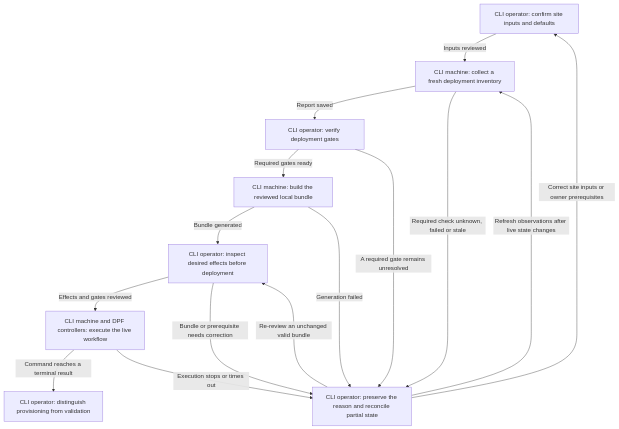
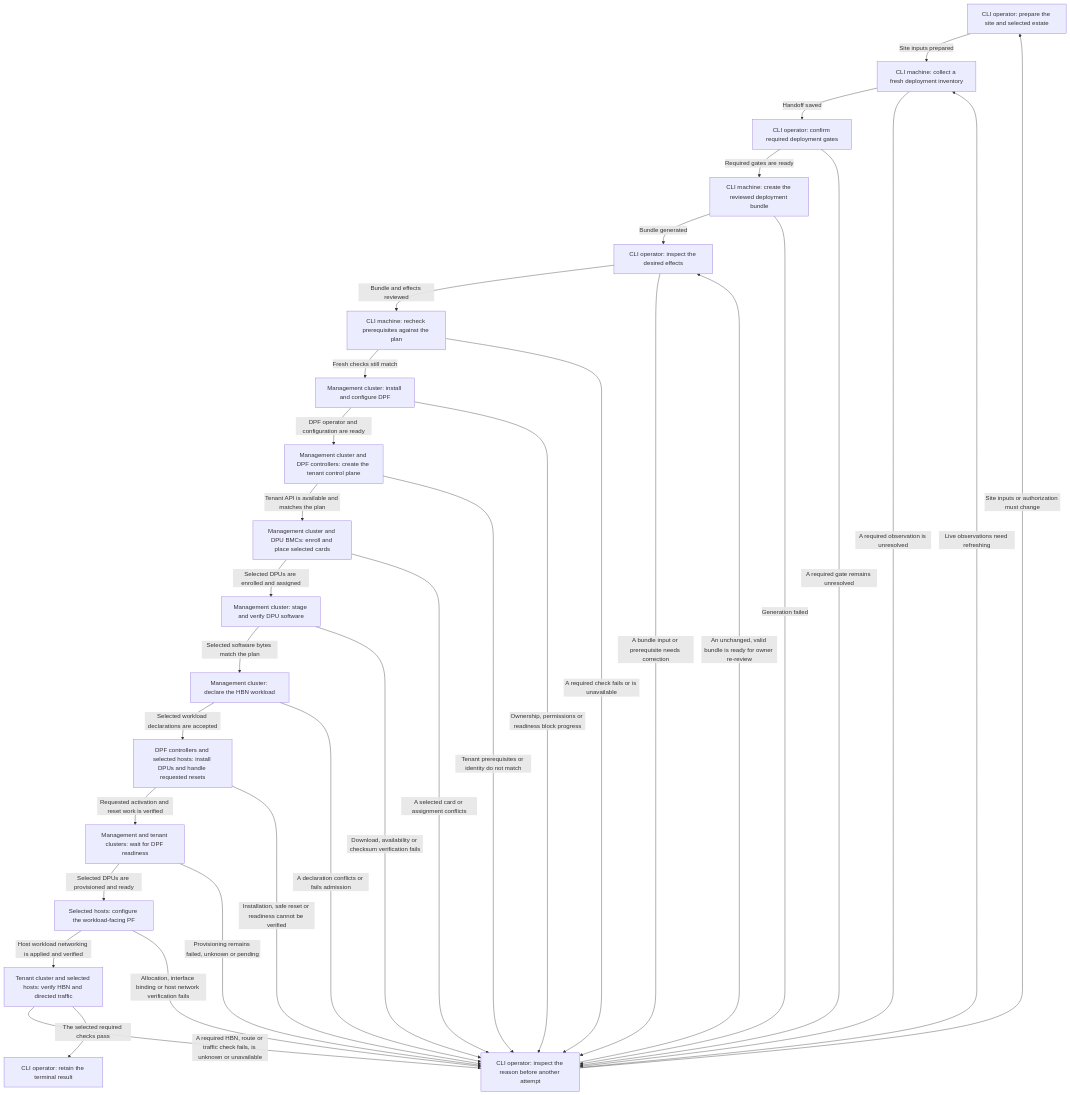
Before and after one commit to NVIDIA/k8s-launch-kit: the seventh of 7 diagrams in docs/user/dpf-workflows.md, drawn with Mermaid. The commit also changed other lines of this file and 8 other files, not shown here.

Commit message:
Document the DPF HBN-BGP deployment procedure

````diff
--- a/docs/user/dpf-workflows.md
+++ b/docs/user/dpf-workflows.md
@@ -564,25 +497,52 @@
 ```mermaid
 flowchart TD
-  n1["CLI operator: confirm site inputs and defaults"]
+  n1["CLI operator: prepare the site and selected estate"]
   n2["CLI machine: collect a fresh deployment inventory"]
-  n3["CLI operator: verify deployment gates"]
-  n4["CLI machine: build the reviewed local bundle"]
-  n5["CLI operator: inspect desired effects before deployment"]
-  n6["CLI machine and DPF controllers: execute the live workflow"]
-  n7["CLI operator: distinguish provisioning from validation"]
-  n8["CLI operator: preserve the reason and reconcile partial state"]
-  n1 -->|"Inputs reviewed"| n2
-  n2 -->|"Report saved"| n3
-  n2 -->|"Required check unknown, failed or stale"| n8
-  n3 -->|"Required gates ready"| n4
-  n3 -->|"A required gate remains unresolved"| n8
+  n3["CLI operator: confirm required deployment gates"]
+  n4["CLI machine: create the reviewed deployment bundle"]
+  n5["CLI operator: inspect the desired effects"]
+  n6["CLI machine: recheck prerequisites against the plan"]
+  n7["Management cluster: install and configure DPF"]
+  n8["Management cluster and DPF controllers: create the tenant control plane"]
+  n9["Management cluster and DPU BMCs: enroll and place selected cards"]
+  n10["Management cluster: stage and verify DPU software"]
+  n11["Management cluster: declare the HBN workload"]
+  n12["DPF controllers and selected hosts: install DPUs and handle requested resets"]
+  n13["Management and tenant clusters: wait for DPF readiness"]
+  n14["Selected hosts: configure the workload-facing PF"]
+  n15["Tenant cluster and selected hosts: verify HBN and directed traffic"]
+  n16["CLI operator: retain the terminal result"]
+  n17["CLI operator: inspect the reason before another attempt"]
+  n1 -->|"Site inputs prepared"| n2
+  n2 -->|"Handoff saved"| n3
+  n2 -->|"A required observation is unresolved"| n17
+  n3 -->|"Required gates are ready"| n4
+  n3 -->|"A required gate remains unresolved"| n17
   n4 -->|"Bundle generated"| n5
-  n4 -->|"Generation failed"| n8
-  n5 -->|"Effects and gates reviewed"| n6
-  n5 -->|"Bundle or prerequisite needs correction"| n8
-  n6 -->|"Command reaches a terminal result"| n7
-  n6 -->|"Execution stops or times out"| n8
-  n8 -->|"Correct site inputs or owner prerequisites"| n1
-  n8 -->|"Refresh observations after live state changes"| n2
-  n8 -->|"Re-review an unchanged valid bundle"| n5
+  n4 -->|"Generation failed"| n17
+  n5 -->|"Bundle and effects reviewed"| n6
+  n5 -->|"A bundle input or prerequisite needs correction"| n17
+  n6 -->|"Fresh checks still match"| n7
+  n6 -->|"A required check fails or is unavailable"| n17
+  n7 -->|"DPF operator and configuration are ready"| n8
+  n7 -->|"Ownership, permissions or readiness block progress"| n17
+  n8 -->|"Tenant API is available and matches the plan"| n9
+  n8 -->|"Tenant prerequisites or identity do not match"| n17
+  n9 -->|"Selected DPUs are enrolled and assigned"| n10
+  n9 -->|"A selected card or assignment conflicts"| n17
+  n10 -->|"Selected software bytes match the plan"| n11
+  n10 -->|"Download, availability or checksum verification fails"| n17
+  n11 -->|"Selected workload declarations are accepted"| n12
+  n11 -->|"A declaration conflicts or fails admission"| n17
+  n12 -->|"Requested activation and reset work is verified"| n13
+  n12 -->|"Installation, safe reset or readiness cannot be verified"| n17
+  n13 -->|"Selected DPUs are provisioned and ready"| n14
+  n13 -->|"Provisioning remains failed, unknown or pending"| n17
+  n14 -->|"Host workload networking is applied and verified"| n15
+  n14 -->|"Allocation, interface binding or host network verification fails"| n17
+  n15 -->|"A required HBN, route or traffic check fails, is unknown or unavailable"| n17
+  n15 -->|"The selected required checks pass"| n16
+  n17 -->|"Site inputs or authorization must change"| n1
+  n17 -->|"Live observations need refreshing"| n2
+  n17 -->|"An unchanged, valid bundle is ready for owner re-review"| n5
 ```
````
